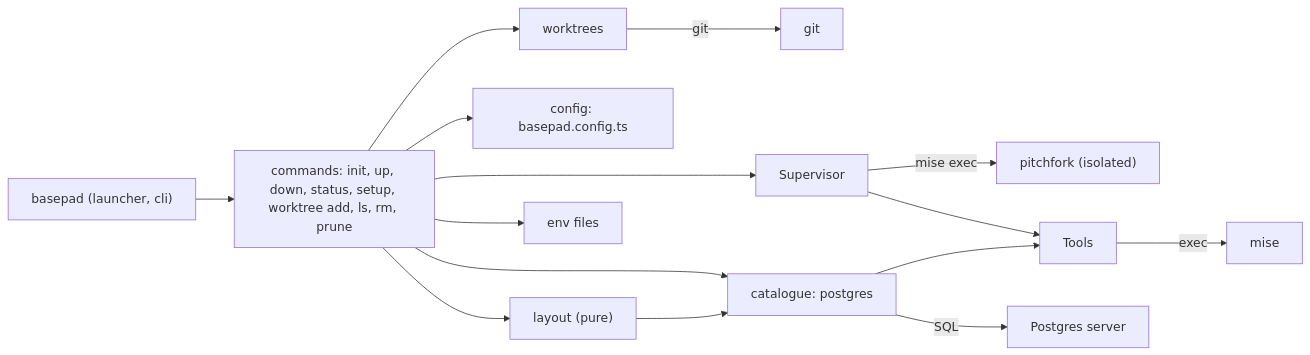
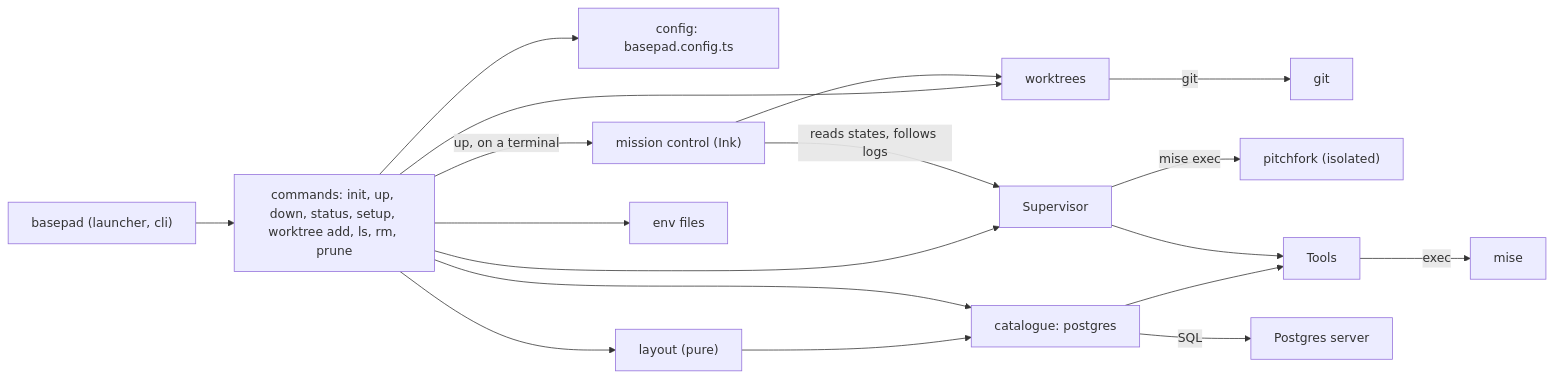
The diagram in docs/feature-map.md (Aysnc-Labs/basepad), drawn with Mermaid before and after one commit. The commit also changed other lines of this file and 15 other files, not shown here.

First line of the commit message:
Mission control: read-only view on `basepad up` (#21)

````diff
--- a/docs/feature-map.md
+++ b/docs/feature-map.md
@@ -12,17 +12,20 @@
 ```mermaid
 flowchart LR
   CLI["basepad (launcher, cli)"] --> Commands["commands: init, up, down, status, setup, worktree add, ls, rm, prune"]
   Commands --> Worktrees["worktrees"]
   Worktrees -- "git" --> Git["git"]
   Commands --> Config["config: basepad.config.ts"]
   Commands --> Layout["layout (pure)"]
   Layout --> Catalogue
   Commands --> Catalogue["catalogue: postgres"]
   Commands --> Supervisor
+  Commands -- "up, on a terminal" --> MissionControl["mission control (Ink)"]
+  MissionControl -- "reads states, follows logs" --> Supervisor
+  MissionControl --> Worktrees
   Commands --> EnvFiles["env files"]
   Supervisor -- "mise exec" --> Pitchfork["pitchfork (isolated)"]
   Catalogue --> Tools
   Supervisor --> Tools
   Tools -- "exec" --> Mise["mise"]
   Catalogue -- "SQL" --> Postgres["Postgres server"]
 ```
````
